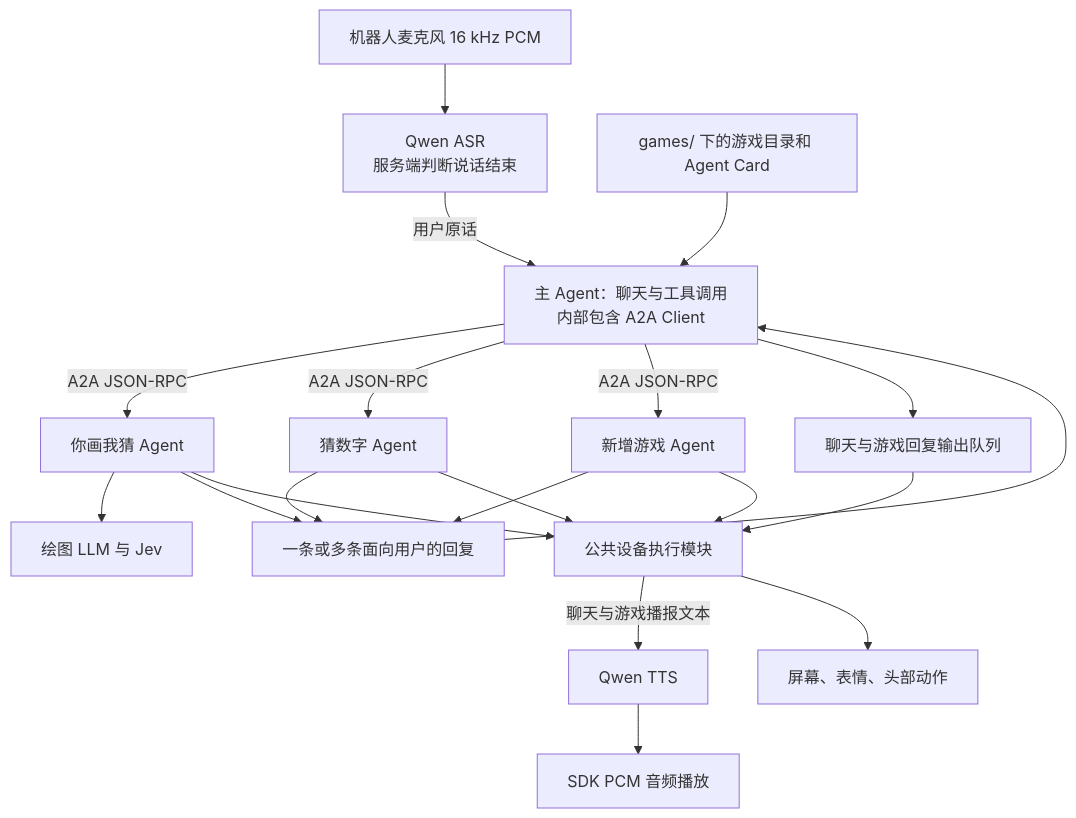
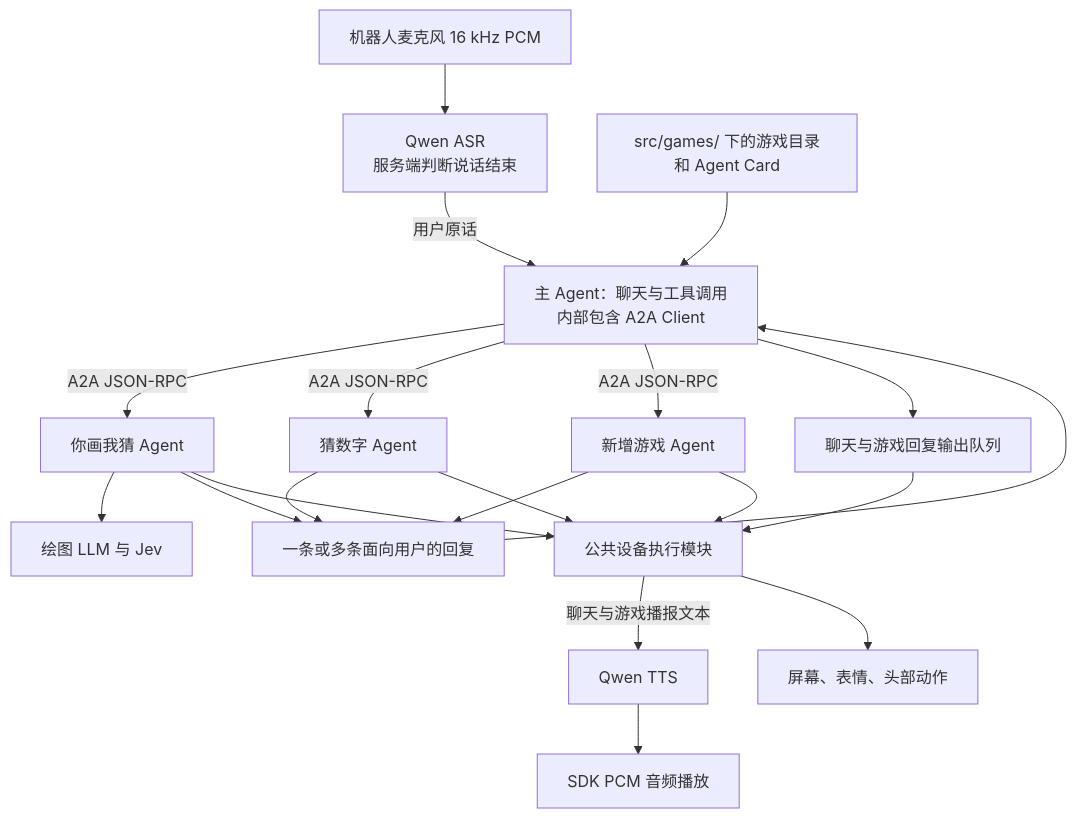
The diagram in README.md (left0ver/agentcade), drawn with Mermaid before and after one commit. The commit also changed other lines of this file and 56 other files, not shown here.

````diff
--- a/README.md
+++ b/README.md
@@ -189,22 +189,22 @@
 ```mermaid
 flowchart TD
     Mic[机器人麦克风 16 kHz PCM] --> ASR[Qwen ASR\n服务端判断说话结束]
     ASR -->|用户原话| Main[主 Agent：聊天与工具调用\n内部包含 A2A Client]
-    Catalog[games/ 下的游戏目录和 Agent Card] --> Main
+    Catalog[src/games/ 下的游戏目录和 Agent Card] --> Main
     Main -->|A2A JSON-RPC| Animal[你画我猜 Agent]
     Main -->|A2A JSON-RPC| Number[猜数字 Agent]
     Main -->|A2A JSON-RPC| Extension[新增游戏 Agent]
     Animal --> Drawing[绘图 LLM 与 Jev]
     Animal --> Result[一条或多条面向用户的回复]
     Number --> Result
     Extension --> Result
     Main --> Queue[聊天与游戏回复输出队列]
     Queue --> Output[公共设备执行模块]
     Animal --> Output
     Number --> Output
     Extension --> Output
     Result --> Main
     Output -->|聊天与游戏播报文本| Speech[Qwen TTS]
     Speech --> Audio[SDK PCM 音频播放]
     Output --> Device[屏幕、表情、头部动作]
 ```
````
